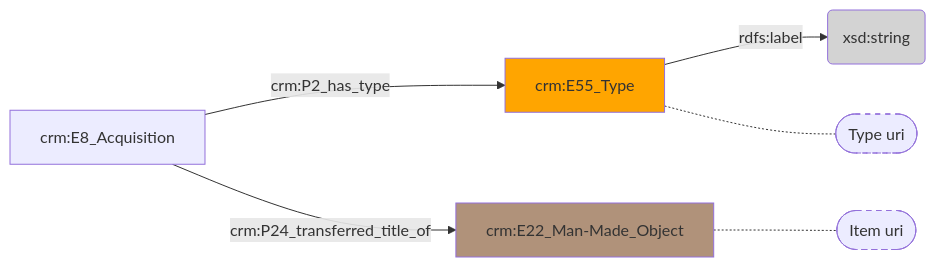
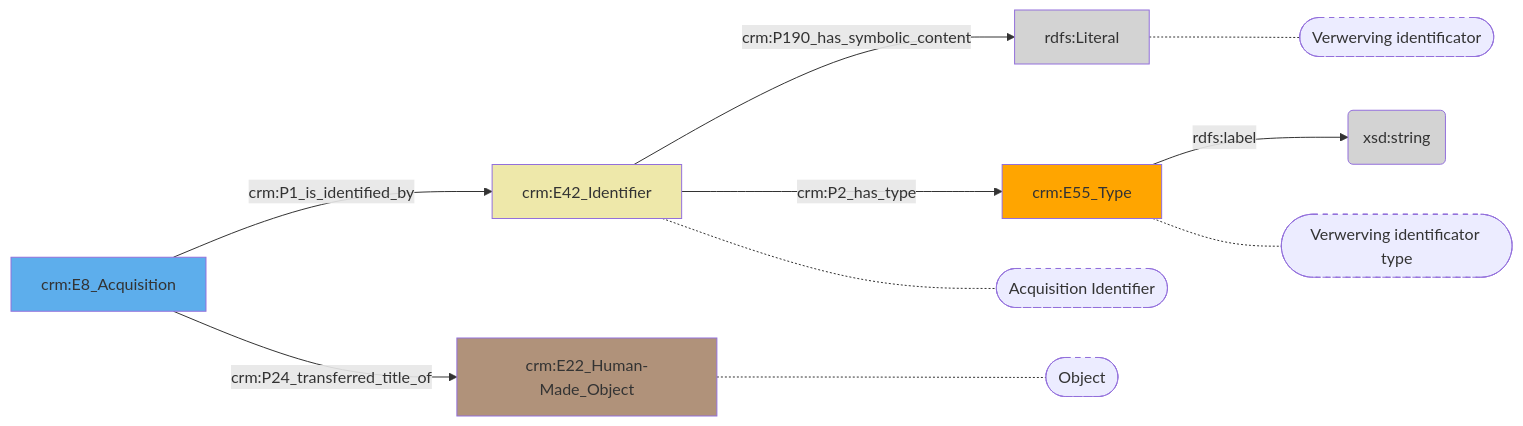
One commit to digipolisantwerpdocumentation/antwerp-cultureel-erfgoed changed the diagram in docs/content/modellen/Acquisition/Identificatie.md. Above: the diagram before and after it, drawn with Mermaid. The commit also changed 173 other files, not shown here.

````diff
--- a/docs/content/modellen/Acquisition/Identificatie.md
+++ b/docs/content/modellen/Acquisition/Identificatie.md
@@ -1,13 +1,22 @@
 ```mermaid
 graph LR
-99988ee4-e990-11ed-9232-00163e71351b["crm:E55_Type"]-->|"rdfs:label"|999895b0-e990-11ed-9232-00163e71351b(xsd:string)
-7b658ca8-d44e-11ed-9064-00163e71351b["crm:E8_Acquisition"]-->|"crm:P2_has_type"|99988ee4-e990-11ed-9232-00163e71351b["crm:E55_Type"]
-7b658ca8-d44e-11ed-9064-00163e71351b["crm:E8_Acquisition"]-->|"crm:P24_transferred_title_of"|39e86e48-e994-11ed-9232-00163e71351b["crm:E22_Man-Made_Object"]
-99988ee4-e990-11ed-9232-00163e71351b["crm:E55_Type"]-.-99988ee4-e990-11ed-9232-00163e71351b_s(["Type uri"])
-39e86e48-e994-11ed-9232-00163e71351b["crm:E22_Man-Made_Object"]-.-39e86e48-e994-11ed-9232-00163e71351b_s(["Item uri"])
-style 99988ee4-e990-11ed-9232-00163e71351b_s stroke-dasharray: 5
+b35a7c94-b086-11ee-b321-960002548b4f["crm:E42_Identifier"]-->|"crm:P190_has_symbolic_content"|b35a81b6-b086-11ee-a40a-960002548b4f(rdfs:Literal)
+b35a82e2-b086-11ee-913f-960002548b4f["crm:E55_Type"]-->|"rdfs:label"|b35a8079-b086-11ee-a834-960002548b4f(xsd:string)
+7b658ca8-d44e-11ed-9064-00163e71351b["crm:E8_Acquisition"]-->|"crm:P1_is_identified_by"|b35a7c94-b086-11ee-b321-960002548b4f["crm:E42_Identifier"]
+7b658ca8-d44e-11ed-9064-00163e71351b["crm:E8_Acquisition"]-->|"crm:P24_transferred_title_of"|39e86e48-e994-11ed-9232-00163e71351b["crm:E22_Human-Made_Object"]
+b35a7c94-b086-11ee-b321-960002548b4f["crm:E42_Identifier"]-->|"crm:P2_has_type"|b35a82e2-b086-11ee-913f-960002548b4f["crm:E55_Type"]
+b35a7c94-b086-11ee-b321-960002548b4f["crm:E42_Identifier"]-.-b35a7c94-b086-11ee-b321-960002548b4f_s(["Acquisition Identifier"])
+39e86e48-e994-11ed-9232-00163e71351b["crm:E22_Human-Made_Object"]-.-39e86e48-e994-11ed-9232-00163e71351b_s(["Object"])
+b35a81b6-b086-11ee-a40a-960002548b4f["rdfs:Literal"]-.-b35a81b6-b086-11ee-a40a-960002548b4f_s(["Verwerving identificator"])
+b35a82e2-b086-11ee-913f-960002548b4f["crm:E55_Type"]-.-b35a82e2-b086-11ee-913f-960002548b4f_s(["Verwerving identificator type"])
+style b35a7c94-b086-11ee-b321-960002548b4f_s stroke-dasharray: 5
 style 39e86e48-e994-11ed-9232-00163e71351b_s stroke-dasharray: 5
+style b35a81b6-b086-11ee-a40a-960002548b4f_s stroke-dasharray: 5
+style b35a82e2-b086-11ee-913f-960002548b4f_s stroke-dasharray: 5
 style 39e86e48-e994-11ed-9232-00163e71351b fill:#B0927A
-style 99988ee4-e990-11ed-9232-00163e71351b fill:#ffa500
-style 999895b0-e990-11ed-9232-00163e71351b fill:#D3D3D3
+style 7b658ca8-d44e-11ed-9064-00163e71351b fill:#5DAEEC
+style b35a7c94-b086-11ee-b321-960002548b4f fill:#EEE8AA
+style b35a8079-b086-11ee-a834-960002548b4f fill:#D3D3D3
+style b35a81b6-b086-11ee-a40a-960002548b4f fill:#D3D3D3
+style b35a82e2-b086-11ee-913f-960002548b4f fill:#ffa500
 ```
````
